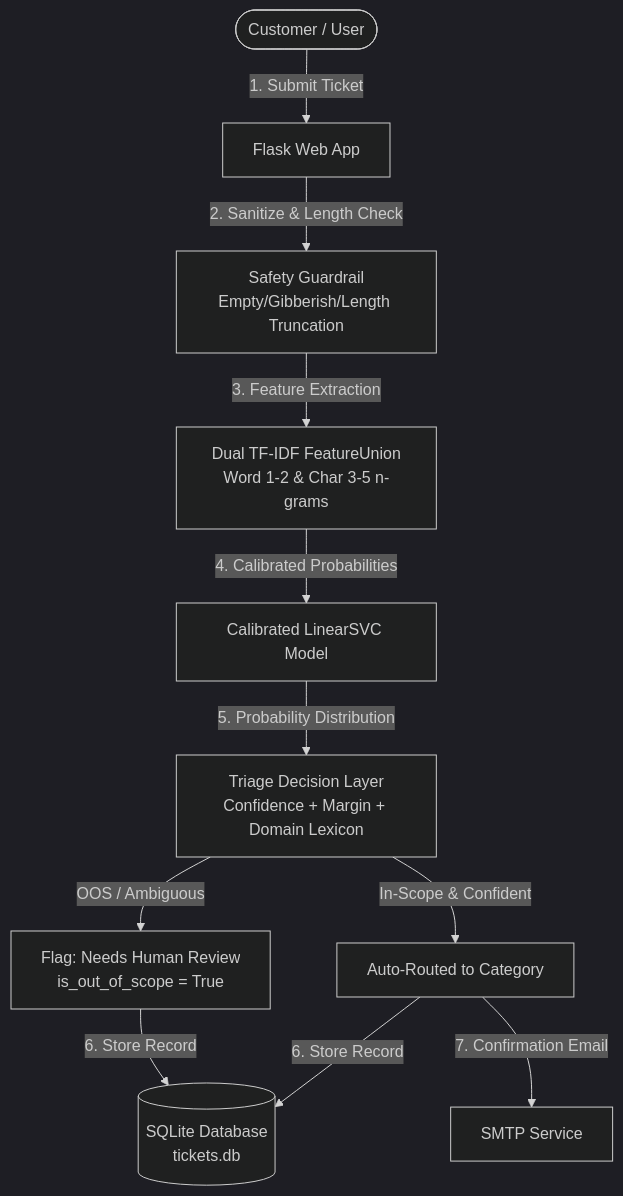
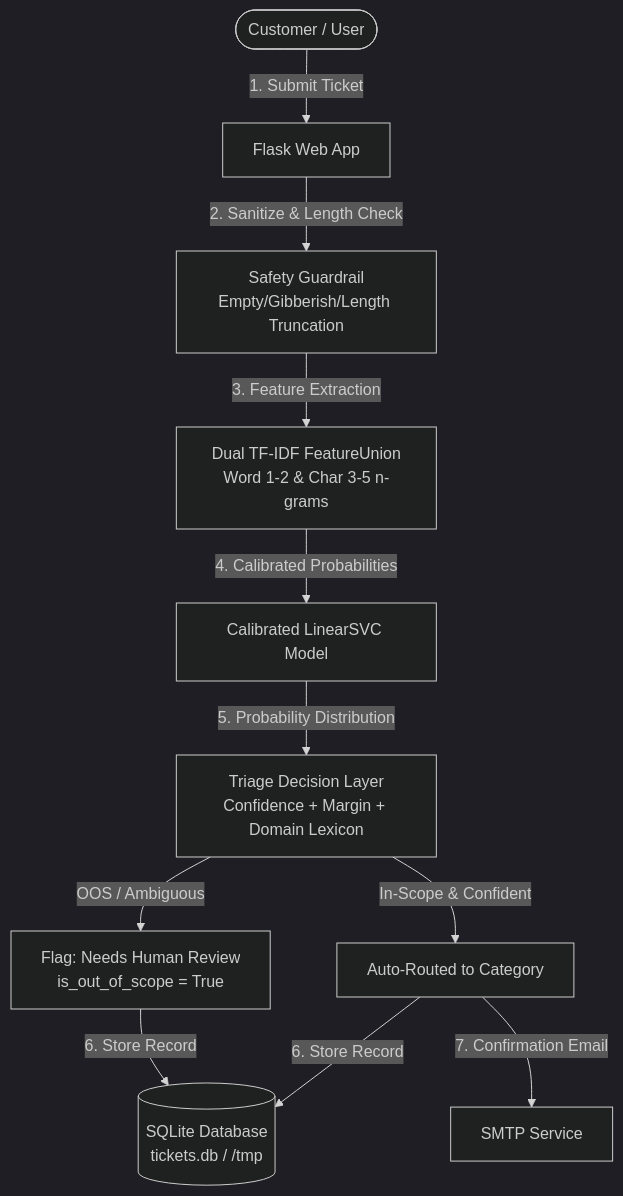
One commit to irfan-shekh/ai_ticket changed the diagram in README.md. Above: the diagram before and after it, drawn with Mermaid (dark theme). The commit also changed other lines of this file and 1 other file, not shown here.

Commit message:
Streamline production requirements and update README with cloud architecture

````diff
--- a/README.md
+++ b/README.md
@@ -48,12 +53,12 @@
 ```mermaid
 graph TD
     User([Customer / User]) -->|1. Submit Ticket| WebUI[Flask Web App]
     WebUI -->|2. Sanitize & Length Check| Safety[Safety Guardrail<br/>Empty/Gibberish/Length Truncation]
     Safety -->|3. Feature Extraction| Union[Dual TF-IDF FeatureUnion<br/>Word 1-2 & Char 3-5 n-grams]
     Union -->|4. Calibrated Probabilities| SVC[Calibrated LinearSVC Model]
     SVC -->|5. Probability Distribution| Triage[Triage Decision Layer<br/>Confidence + Margin + Domain Lexicon]
     Triage -->|OOS / Ambiguous| HumanReview[Flag: Needs Human Review<br/>is_out_of_scope = True]
     Triage -->|In-Scope & Confident| AutoRoute[Auto-Routed to Category]
-    AutoRoute & HumanReview -->|6. Store Record| DB[(SQLite Database<br/>tickets.db)]
+    AutoRoute & HumanReview -->|6. Store Record| DB[(SQLite Database<br/>tickets.db / /tmp)]
     AutoRoute -->|7. Confirmation Email| SMTP[SMTP Service]
 ```
````
